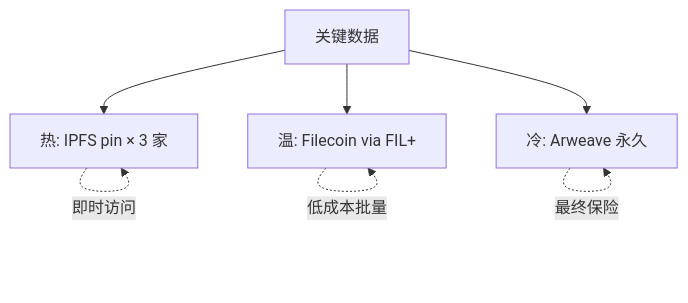
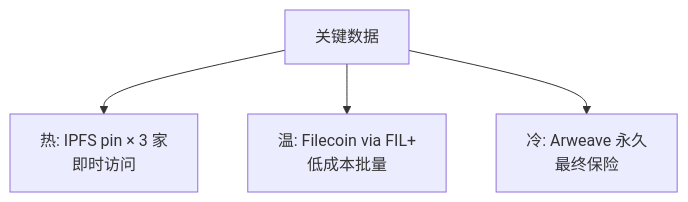
The ninth of 32 diagrams in web3-engineer-guide/14-去中心化存储/README.md (ChuwuYo/misc-files), drawn with Mermaid before and after one commit. The commit also changed 87 other files, not shown here.

````diff
--- a/web3-engineer-guide/14-去中心化存储/README.md
+++ b/web3-engineer-guide/14-去中心化存储/README.md
@@ -434,10 +434,7 @@
 ```mermaid
 flowchart TB
     Data[关键数据]
-    Data --> L1[热: IPFS pin × 3 家]
-    Data --> L2[温: Filecoin via FIL+]
-    Data --> L3[冷: Arweave 永久]
-    L1 -.即时访问.-> L1
-    L2 -.低成本批量.-> L2
-    L3 -.最终保险.-> L3
+    Data --> L1[热: IPFS pin × 3 家<br/>即时访问]
+    Data --> L2[温: Filecoin via FIL+<br/>低成本批量]
+    Data --> L3[冷: Arweave 永久<br/>最终保险]
 ```
````
